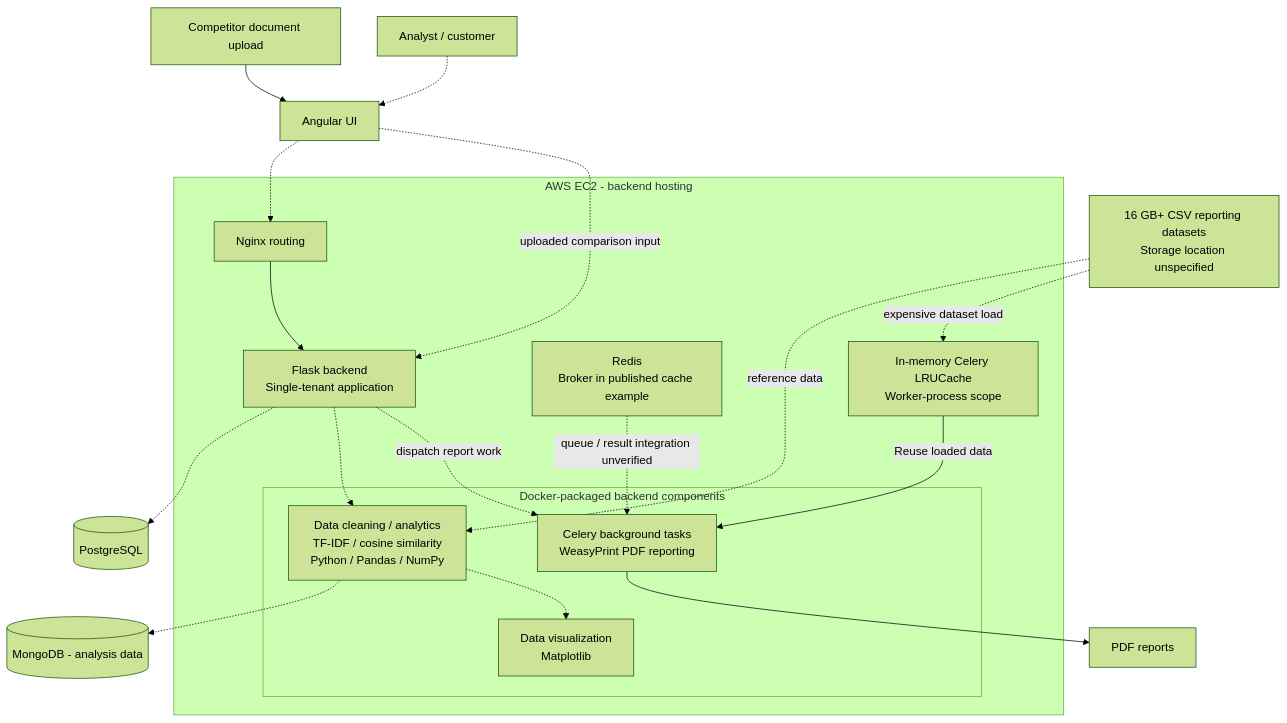
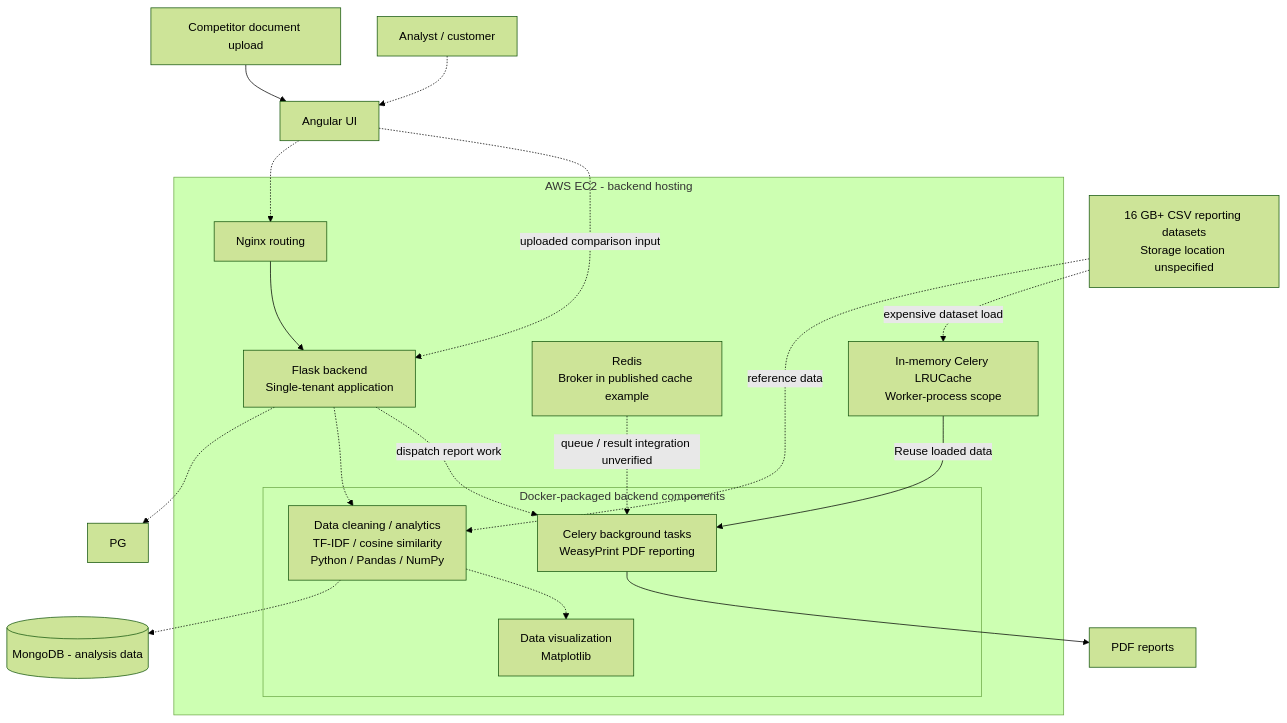
Before and after one commit to MerinRose123/InterviewPrep: the first of 2 diagrams in Projects/Gordian/Interview_Guide.md, drawn with Mermaid (forest theme). The commit also changed other lines of this file, not shown here.

Commit message:
Remove inaccurate PostgreSQL claims from Gordian reference

````diff
--- a/Projects/Gordian/Interview_Guide.md
+++ b/Projects/Gordian/Interview_Guide.md
@@ -33,36 +33,36 @@
 ```mermaid
 flowchart TB
     USER[Analyst / customer]
     UI[Angular UI]
     subgraph EC2["AWS EC2 - backend hosting"]
         NGINX[Nginx routing]
         API["Flask backend\nSingle-tenant application"]
         subgraph CONTAINERS["Docker-packaged backend components"]
             ANALYSIS["Data cleaning / analytics\nTF-IDF / cosine similarity\nPython / Pandas / NumPy"]
             CHARTS["Data visualization\nMatplotlib"]
             WORKER["Celery background tasks\nWeasyPrint PDF reporting"]
         end
         REDIS["Redis\nBroker in published cache example"]
         CACHE["In-memory Celery LRUCache\nWorker-process scope"]
     end
-    PG[(PostgreSQL)]
+    
     MONGO[(MongoDB - analysis data)]
     INPUT["16 GB+ CSV reporting datasets\nStorage location unspecified"]
     PDF[PDF reports]
     COMPETITOR[Competitor document upload]
     COMPETITOR --> UI
     USER -.-> UI
     UI -.-> NGINX
     NGINX --> API
     API -.-> PG
     API -.-> ANALYSIS
     ANALYSIS -.-> MONGO
     ANALYSIS -.-> CHARTS
     API -. dispatch report work .-> WORKER
     REDIS -. queue / result integration unverified .-> WORKER
     INPUT -. reference data .-> ANALYSIS
     UI -. uploaded comparison input .-> API
     INPUT -. expensive dataset load .-> CACHE
     CACHE -->|Reuse loaded data| WORKER
     WORKER --> PDF
 ```
````
